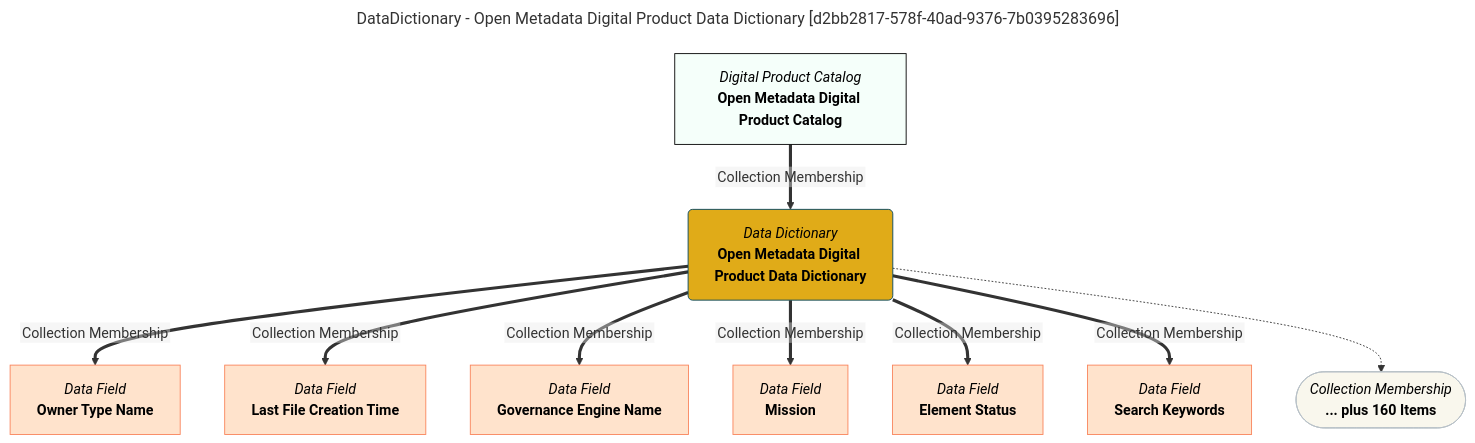
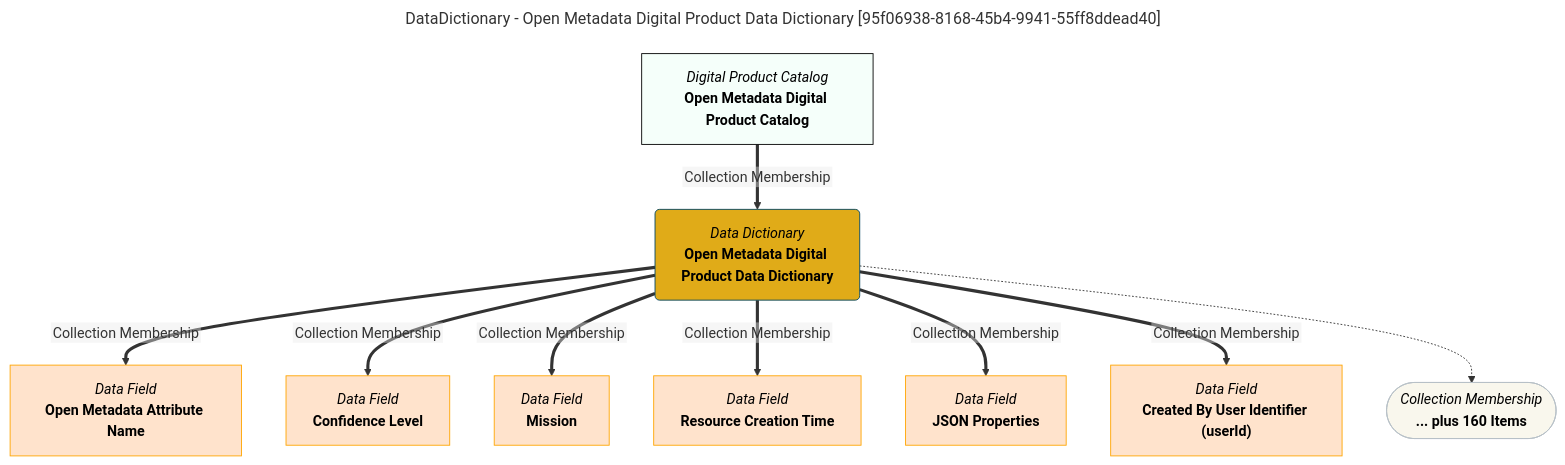
The diagram in site/snippets/collections/data-dictionaries/open-metadata-digital-product-data-dictionary-mermaid-graph.md (odpi/egeria-docs), drawn with Mermaid before and after one commit. The commit also changed 2201 other files, not shown here.

````diff
--- a/site/snippets/collections/data-dictionaries/open-metadata-digital-product-data-dictionary-mermaid-graph.md
+++ b/site/snippets/collections/data-dictionaries/open-metadata-digital-product-data-dictionary-mermaid-graph.md
@@ -1,43 +1,43 @@
 ```mermaid
 ---
-title: DataDictionary - Open Metadata Digital Product Data Dictionary [d2bb2817-578f-40ad-9376-7b0395283696]
+title: DataDictionary - Open Metadata Digital Product Data Dictionary [95f06938-8168-45b4-9941-55ff8ddead40]
 ---
 flowchart TD
 %%{init: {"flowchart": {"htmlLabels": false}} }%%
 
 1@{ shape: rounded, label: "*Data Dictionary*
 **Open Metadata Digital Product Data Dictionary**"}
 2@{ shape: rect, label: "*Digital Product Catalog*
 **Open Metadata Digital Product Catalog**"}
 2==>|"Collection Membership"|1
 3@{ shape: rect, label: "*Data Field*
-**Owner Type Name**"}
+**Open Metadata Attribute Name**"}
 1==>|"Collection Membership"|3
 4@{ shape: rect, label: "*Data Field*
-**Last File Creation Time**"}
+**Confidence Level**"}
 1==>|"Collection Membership"|4
 5@{ shape: rect, label: "*Data Field*
-**Governance Engine Name**"}
+**Mission**"}
 1==>|"Collection Membership"|5
 6@{ shape: rect, label: "*Data Field*
-**Mission**"}
+**Resource Creation Time**"}
 1==>|"Collection Membership"|6
 7@{ shape: rect, label: "*Data Field*
-**Element Status**"}
+**JSON Properties**"}
 1==>|"Collection Membership"|7
 8@{ shape: rect, label: "*Data Field*
-**Search Keywords**"}
+**Created By User Identifier (userId)**"}
 1==>|"Collection Membership"|8
 9@{ shape: stadium, label: "*Collection Membership*
 **... plus 160 Items**"}
 1-.->9
 style 1 color:#000000, fill:#e0ab18, stroke:#004563
 style 2 color:#000000, fill:#f5fffa, stroke:#000000
-style 3 color:#000000, fill:#ffe3cc, stroke:#f9845b
-style 4 color:#000000, fill:#ffe3cc, stroke:#f9845b
-style 5 color:#000000, fill:#ffe3cc, stroke:#f9845b
-style 6 color:#000000, fill:#ffe3cc, stroke:#f9845b
-style 7 color:#000000, fill:#ffe3cc, stroke:#f9845b
-style 8 color:#000000, fill:#ffe3cc, stroke:#f9845b
+style 3 color:#000000, fill:#ffe3cc, stroke:#FFA500
+style 4 color:#000000, fill:#ffe3cc, stroke:#FFA500
+style 5 color:#000000, fill:#ffe3cc, stroke:#FFA500
+style 6 color:#000000, fill:#ffe3cc, stroke:#FFA500
+style 7 color:#000000, fill:#ffe3cc, stroke:#FFA500
+style 8 color:#000000, fill:#ffe3cc, stroke:#FFA500
 style 9 color:#000000, fill:#F9F7ED, stroke:#b7c0c7
 ```
````
